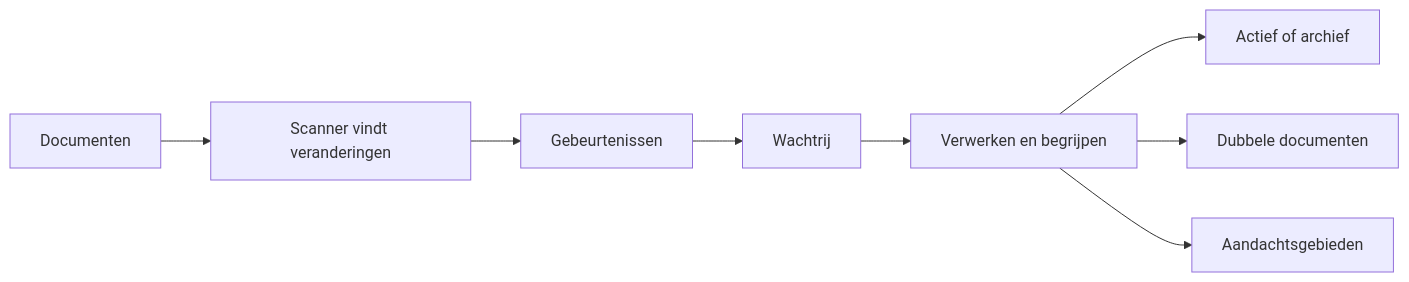
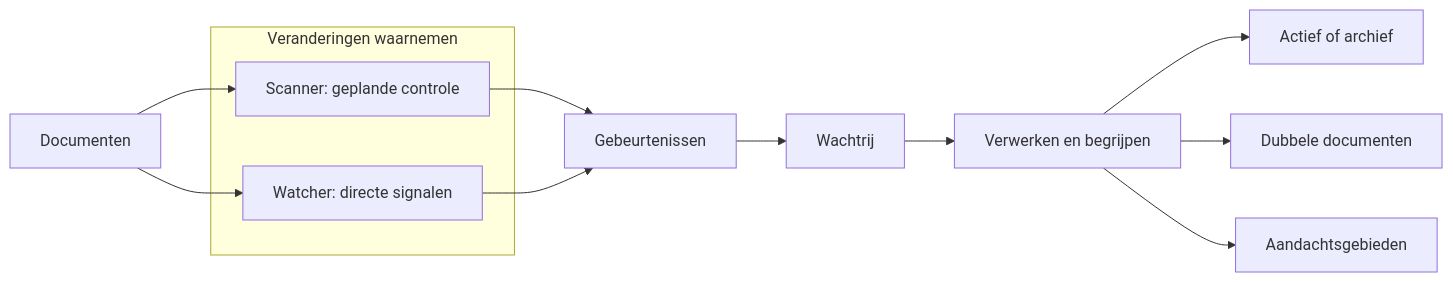
The second of 10 diagrams in docs/wiki/core-in-gewone-taal.md (hugcoding/core-platform), drawn with Mermaid before and after one commit. The commit also changed other lines of this file, not shown here.

Commit message:
Group scanner and watcher as change detection

````diff
--- a/docs/wiki/core-in-gewone-taal.md
+++ b/docs/wiki/core-in-gewone-taal.md
@@ -35,10 +36,18 @@
 ```mermaid
 flowchart LR
-    A["Documenten"] --> B["Scanner vindt veranderingen"]
-    B --> C["Gebeurtenissen"]
+    A["Documenten"] --> S
+    A --> W
+
+    subgraph B["Veranderingen waarnemen"]
+        S["Scanner: geplande controle"]
+        W["Watcher: directe signalen"]
+    end
+
+    S --> C["Gebeurtenissen"]
+    W --> C
     C --> D["Wachtrij"]
     D --> E["Verwerken en begrijpen"]
     E --> F["Actief of archief"]
     E --> G["Dubbele documenten"]
     E --> H["Aandachtsgebieden"]
 ```
````
